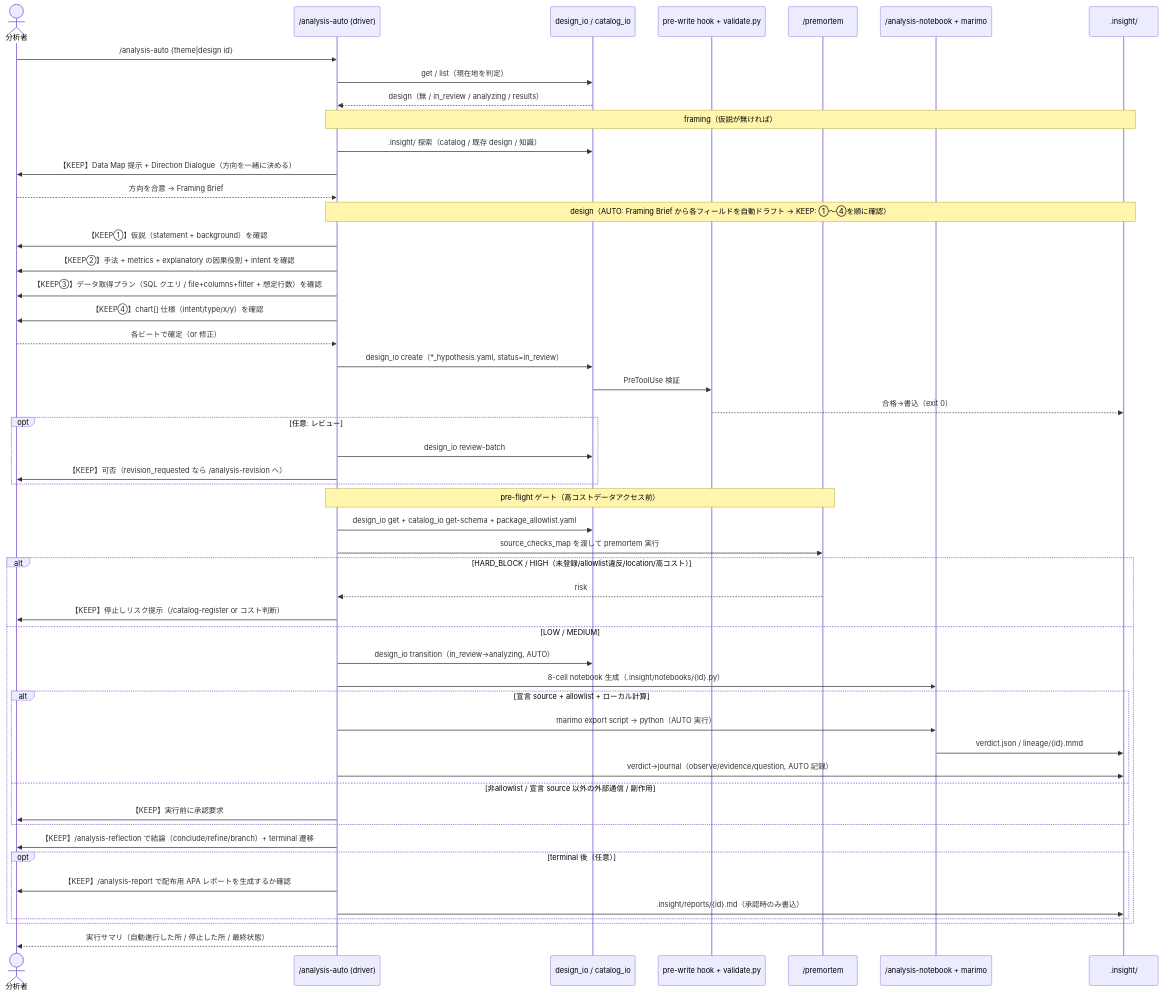
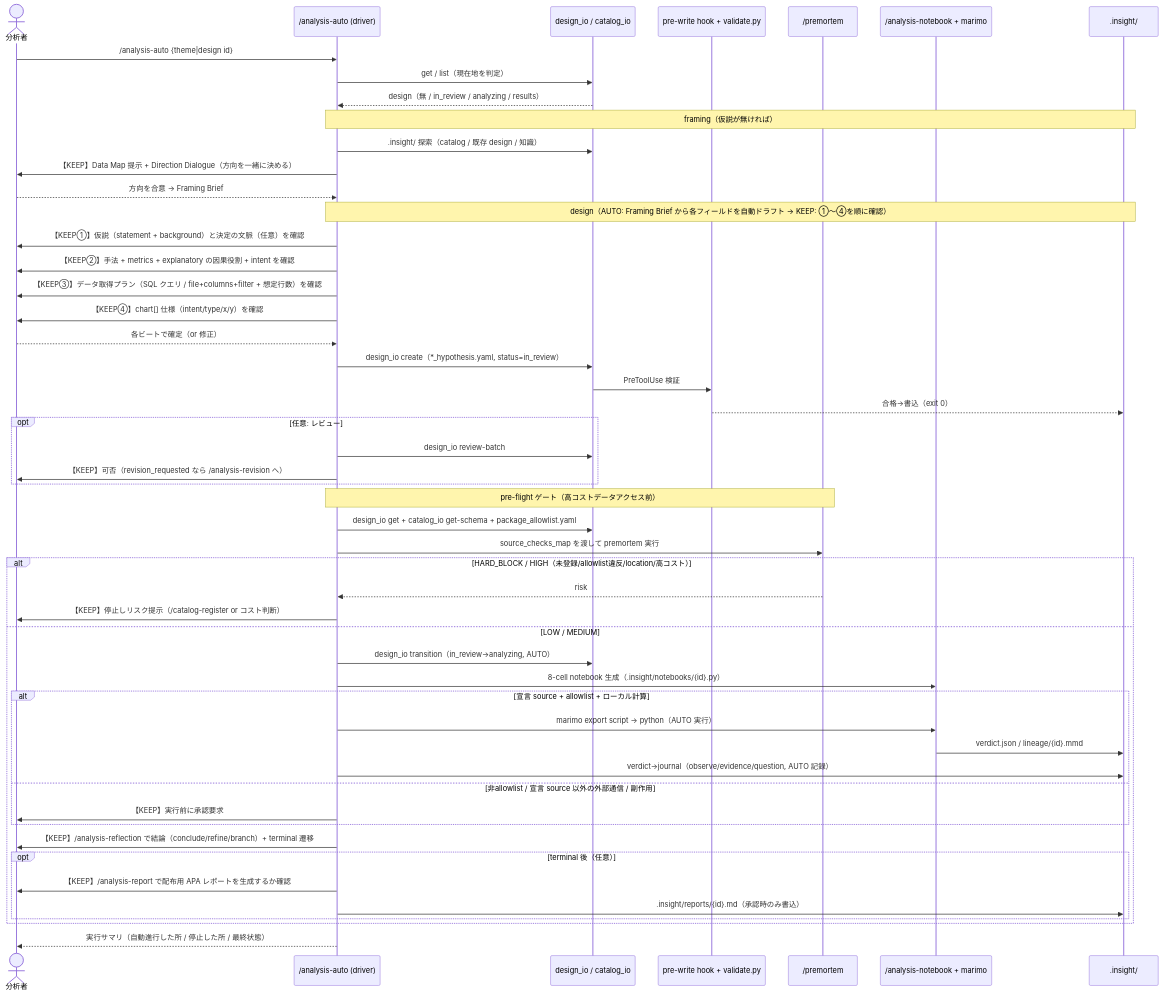
The fifth of 6 diagrams in docs/ARCHITECTURE.md (etoyama/insight-blueprint-skills), drawn with Mermaid before and after one commit. The commit also changed other lines of this file and 6 other files, not shown here.

Commit message:
docs(#64): ADR-0014 を書き、決定の文脈を用語・ARCHITECTURE・DesignDoc に反映する

````diff
--- a/docs/ARCHITECTURE.md
+++ b/docs/ARCHITECTURE.md
@@ -279,57 +279,57 @@
 ```mermaid
 sequenceDiagram
     actor U as 分析者
     participant D as /analysis-auto (driver)
     participant IO as design_io / catalog_io
     participant H as pre-write hook + validate.py
     participant PM as /premortem
     participant NB as /analysis-notebook + marimo
     participant FS as .insight/
 
     U->>D: /analysis-auto {theme|design id}
     D->>IO: get / list（現在地を判定）
     IO-->>D: design（無 / in_review / analyzing / results）
 
     Note over D,FS: framing（仮説が無ければ）
     D->>IO: .insight/ 探索（catalog / 既存 design / 知識）
     D->>U: 【KEEP】Data Map 提示 + Direction Dialogue（方向を一緒に決める）
     U-->>D: 方向を合意 → Framing Brief
     Note over D,FS: design（AUTO: Framing Brief から各フィールドを自動ドラフト → KEEP: ①〜④を順に確認）
-    D->>U: 【KEEP①】仮説（statement + background）を確認
+    D->>U: 【KEEP①】仮説（statement + background）と決定の文脈（任意）を確認
     D->>U: 【KEEP②】手法 + metrics + explanatory の因果役割 + intent を確認
     D->>U: 【KEEP③】データ取得プラン（SQL クエリ / file+columns+filter + 想定行数）を確認
     D->>U: 【KEEP④】chart[] 仕様（intent/type/x/y）を確認
     U-->>D: 各ビートで確定（or 修正）
     D->>IO: design_io create（*_hypothesis.yaml, status=in_review）
     IO->>H: PreToolUse 検証
     H-->>FS: 合格→書込（exit 0）
 
     opt 任意: レビュー
         D->>IO: design_io review-batch
         D->>U: 【KEEP】可否（revision_requested なら /analysis-revision へ）
     end
 
     Note over D,PM: pre-flight ゲート（高コストデータアクセス前）
     D->>IO: design_io get + catalog_io get-schema + package_allowlist.yaml
     D->>PM: source_checks_map を渡して premortem 実行
     alt HARD_BLOCK / HIGH（未登録/allowlist違反/location/高コスト）
         PM-->>D: risk
         D->>U: 【KEEP】停止しリスク提示（/catalog-register or コスト判断）
     else LOW / MEDIUM
         D->>IO: design_io transition（in_review→analyzing, AUTO）
         D->>NB: 8-cell notebook 生成（.insight/notebooks/{id}.py）
         alt 宣言 source + allowlist + ローカル計算
             D->>NB: marimo export script → python（AUTO 実行）
             NB->>FS: verdict.json / lineage/{id}.mmd
             D->>FS: verdict→journal（observe/evidence/question, AUTO 記録）
         else 非allowlist / 宣言 source 以外の外部通信 / 副作用
             D->>U: 【KEEP】実行前に承認要求
         end
         D->>U: 【KEEP】/analysis-reflection で結論（conclude/refine/branch）+ terminal 遷移
         opt terminal 後（任意）
             D->>U: 【KEEP】/analysis-report で配布用 APA レポートを生成するか確認
             D->>FS: .insight/reports/{id}.md（承認時のみ書込）
         end
     end
     D-->>U: 実行サマリ（自動進行した所 / 停止した所 / 最終状態）
 ```
````
